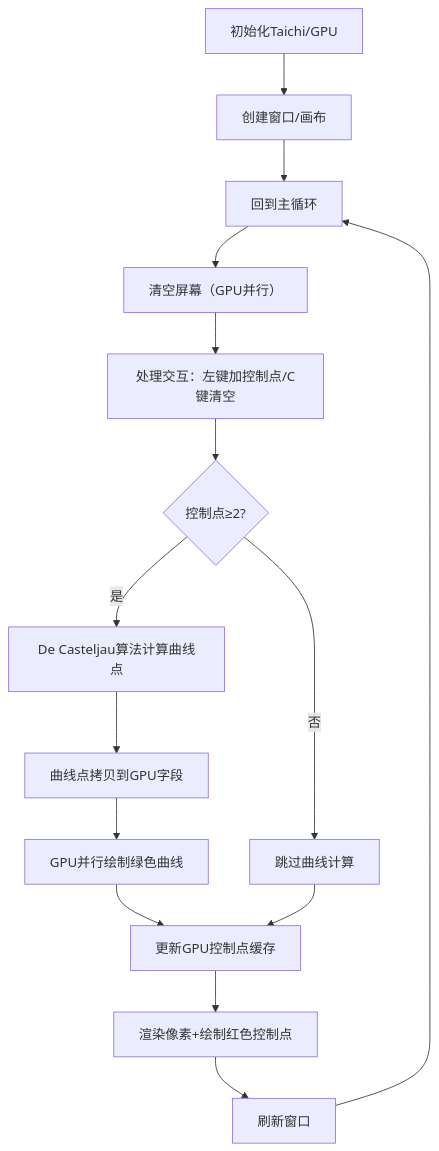
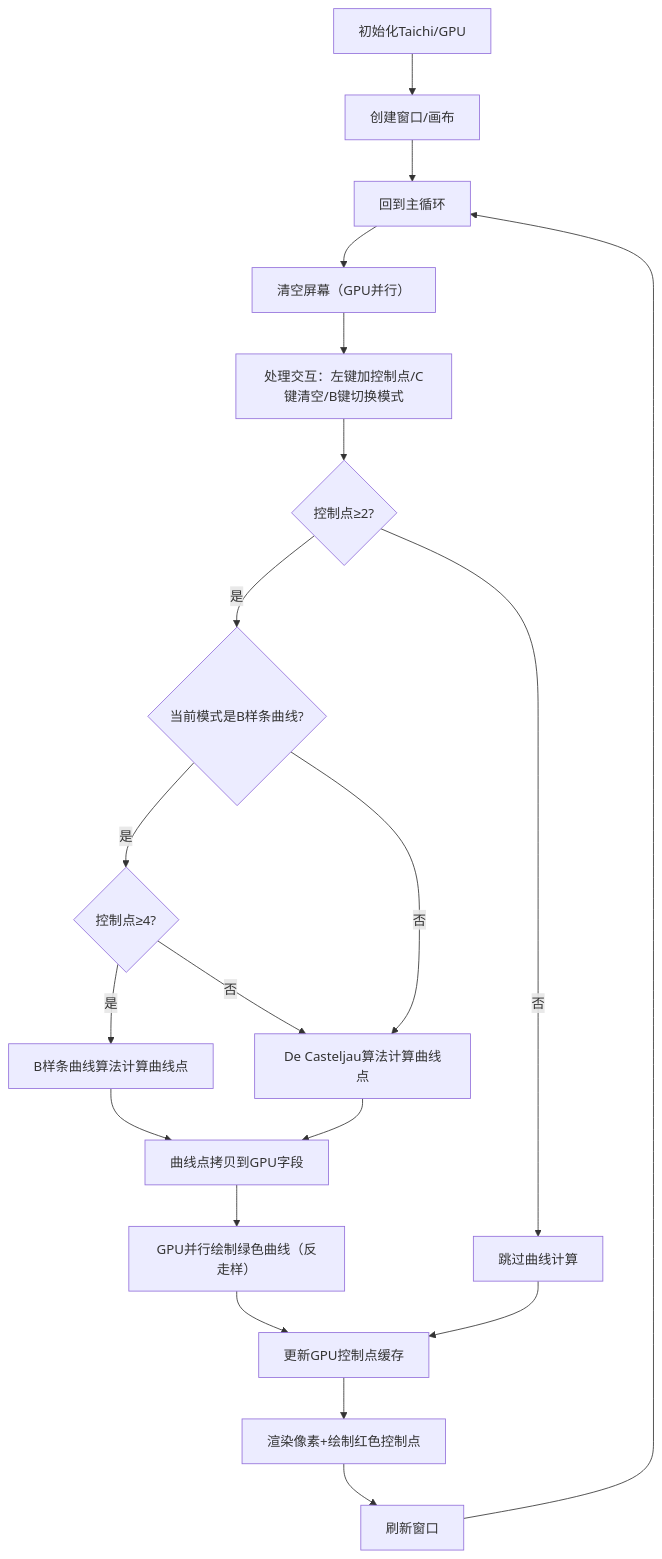
Before and after one commit to ther-i6/CG-Lab: the diagram in src/Work2/README.md, drawn with Mermaid. The commit also changed other lines of this file and 3 other files, not shown here.

````diff
--- a/src/Work2/README.md
+++ b/src/Work2/README.md
@@ -128,16 +129,20 @@
 ```mermaid
 graph TD
     A[初始化Taichi/GPU] --> B[创建窗口/画布]
     B --> C[窗口主循环]
     C --> D[清空屏幕（GPU并行）]
-    D --> E[处理交互：左键加控制点/C键清空]
+    D --> E[处理交互：左键加控制点/C键清空/B键切换模式]
     E --> F{控制点≥2?}
-    F -- 是 --> G[De Casteljau算法计算曲线点]
-    G --> H[曲线点拷贝到GPU字段]
-    H --> I[GPU并行绘制绿色曲线]
-    F -- 否 --> J[跳过曲线计算]
-    I & J --> K[更新GPU控制点缓存]
-    K --> L[渲染像素+绘制红色控制点]
-    L --> M[刷新窗口]
-    M --> C[回到主循环]
+    F -- 是 --> G{当前模式是B样条曲线?}
+    G -- 是 --> H{控制点≥4?}
+    H -- 是 --> I[B样条曲线算法计算曲线点]
+    H -- 否 --> J[De Casteljau算法计算曲线点]
+    G -- 否 --> J
+    I & J --> K[曲线点拷贝到GPU字段]
+    K --> L[GPU并行绘制绿色曲线（反走样）]
+    F -- 否 --> M[跳过曲线计算]
+    L & M --> N[更新GPU控制点缓存]
+    N --> O[渲染像素+绘制红色控制点]
+    O --> P[刷新窗口]
+    P --> C[回到主循环]
 ```
````
